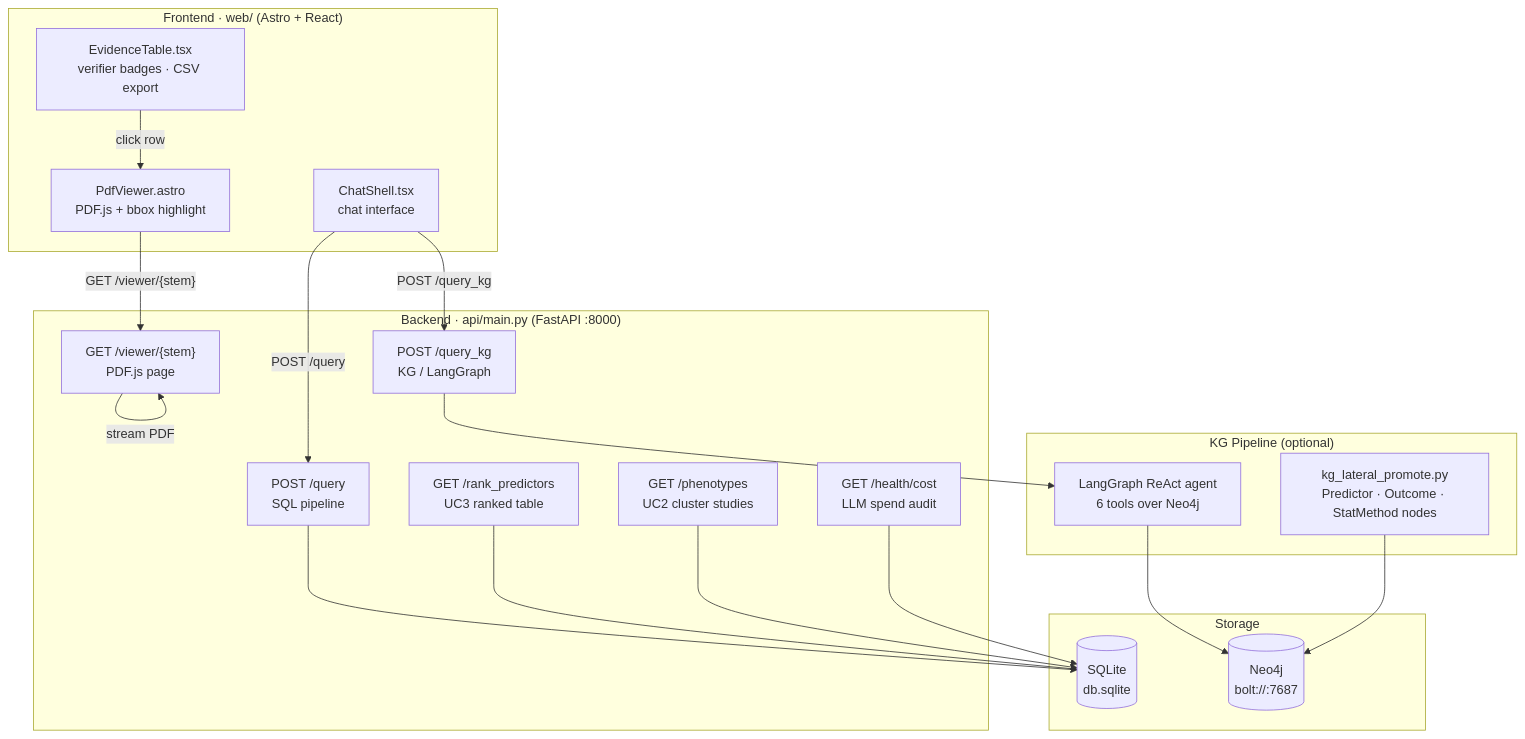
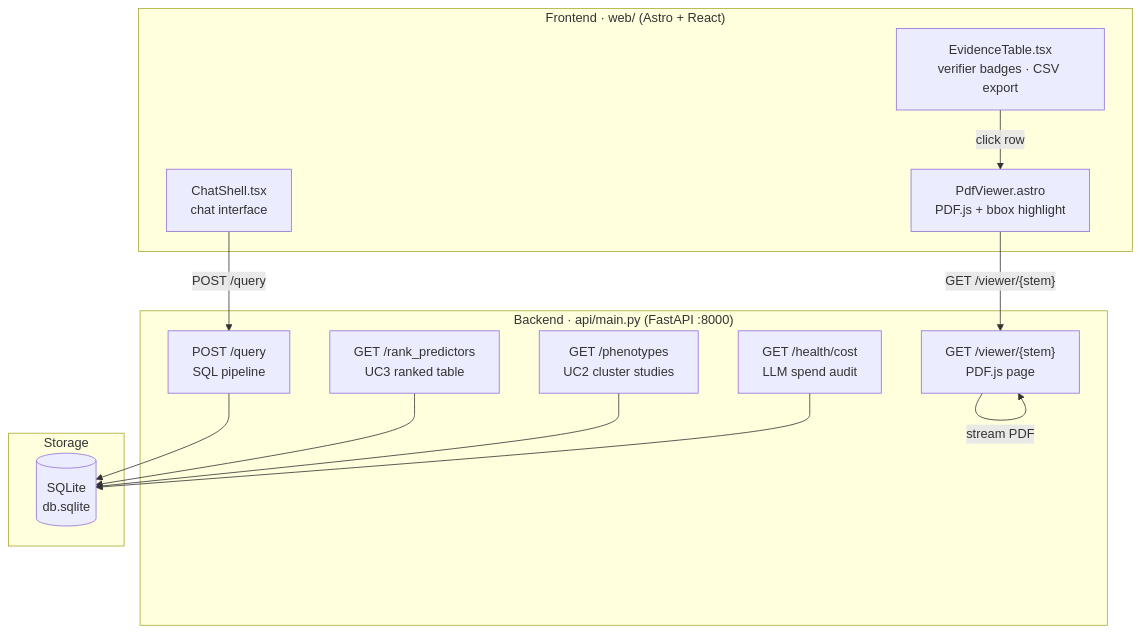
The third of 4 diagrams in README.md (OrFrederick/SepsisAtlas), drawn with Mermaid before and after one commit. The commit also changed other lines of this file and 1 other file, not shown here.

````diff
--- a/README.md
+++ b/README.md
@@ -92,40 +90,29 @@
 ```mermaid
 graph TD
     subgraph FE ["Frontend · web/ (Astro + React)"]
         UI1["ChatShell.tsx\nchat interface"]
         UI2["EvidenceTable.tsx\nverifier badges · CSV export"]
         UI3["PdfViewer.astro\nPDF.js + bbox highlight"]
     end
 
     subgraph BE ["Backend · api/main.py (FastAPI :8000)"]
         API1["POST /query\nSQL pipeline"]
-        API2["POST /query_kg\nKG / LangGraph"]
         API3["GET /viewer/{stem}\nPDF.js page"]
         API4["GET /rank_predictors\nUC3 ranked table"]
         API5["GET /phenotypes\nUC2 cluster studies"]
         API6["GET /health/cost\nLLM spend audit"]
     end
 
     subgraph STORE ["Storage"]
         DB1[("SQLite\ndb.sqlite")]
-        DB2[("Neo4j\nbolt://:7687")]
-    end
-
-    subgraph KG ["KG Pipeline (optional)"]
-        KG1["LangGraph ReAct agent\n6 tools over Neo4j"]
-        KG2["kg_lateral_promote.py\nPredictor · Outcome · StatMethod nodes"]
     end
 
     UI1 -->|"POST /query"| API1
-    UI1 -->|"POST /query_kg"| API2
     UI2 -->|"click row"| UI3
     UI3 -->|"GET /viewer/{stem}"| API3
     API1 --> DB1
-    API2 --> KG1
-    KG1 --> DB2
-    KG2 --> DB2
     API3 -->|"stream PDF"| API3
     API4 --> DB1
     API5 --> DB1
     API6 --> DB1
 ```
````
